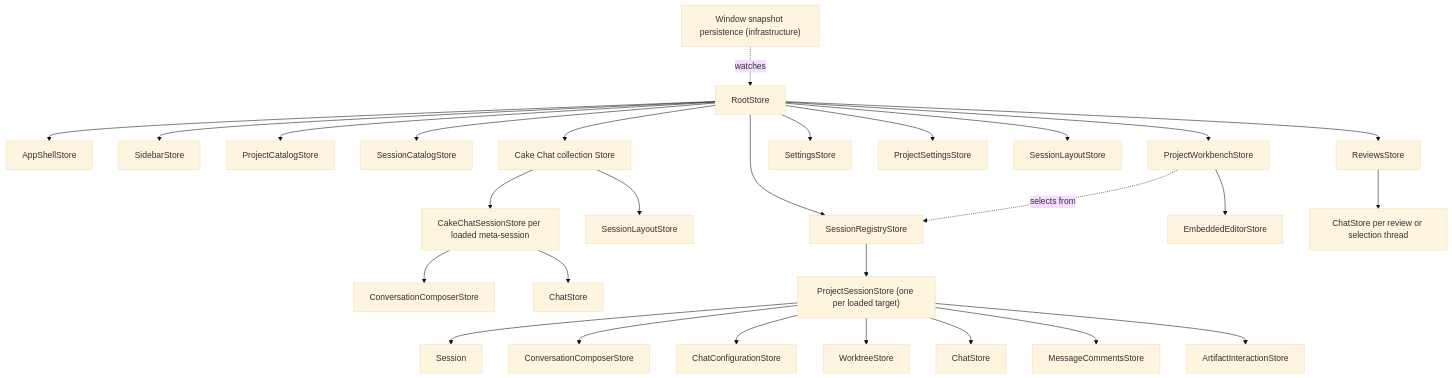
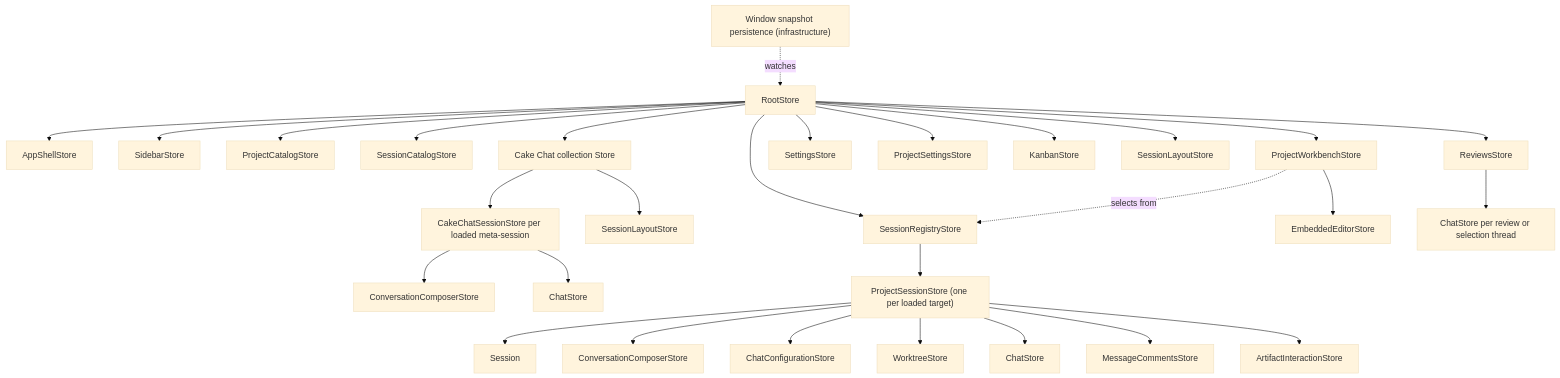
The diagram in docs/architecture/cake-architecture.md (melnikov-s/cake), drawn with Mermaid (base theme) before and after one commit. The commit also changed other lines of this file and 45 other files, not shown here.

````diff
--- a/docs/architecture/cake-architecture.md
+++ b/docs/architecture/cake-architecture.md
@@ -429,30 +435,31 @@
 ```mermaid
 flowchart TD
   Root["RootStore"] --> Shell["AppShellStore"]
   Root --> Sidebar["SidebarStore"]
   Root --> Projects["ProjectCatalogStore"]
   Root --> Catalog["SessionCatalogStore"]
   Root --> Registry["SessionRegistryStore"]
   Root --> Workbench["ProjectWorkbenchStore"]
   Root --> CakeChat["Cake Chat collection Store"]
   CakeChat --> CakeLayout["SessionLayoutStore"]
   CakeChat --> CakeSession["CakeChatSessionStore per loaded meta-session"]
   CakeSession --> CakeComposer["ConversationComposerStore"]
   CakeSession --> MetaChat["ChatStore"]
   Root --> Settings["SettingsStore"]
   Root --> ProjectSettings["ProjectSettingsStore"]
+  Root --> Kanban["KanbanStore"]
   Persistence["Window snapshot persistence (infrastructure)"] -. watches .-> Root
   Workbench -. selects from .-> Registry
   Root --> Layout["SessionLayoutStore"]
   Workbench --> IDE["EmbeddedEditorStore"]
   Registry --> Session["ProjectSessionStore (one per loaded target)"]
   Session --> Model["Session"]
   Session --> Composer["ConversationComposerStore"]
   Session --> Config["ChatConfigurationStore"]
   Session --> Worktree["WorktreeStore"]
   Session --> Chat["ChatStore"]
   Session --> Comments["MessageCommentsStore"]
   Session --> Artifacts["ArtifactInteractionStore"]
   Root --> Reviews["ReviewsStore"]
   Reviews --> ThreadChats["ChatStore per review or selection thread"]
 ```
````
